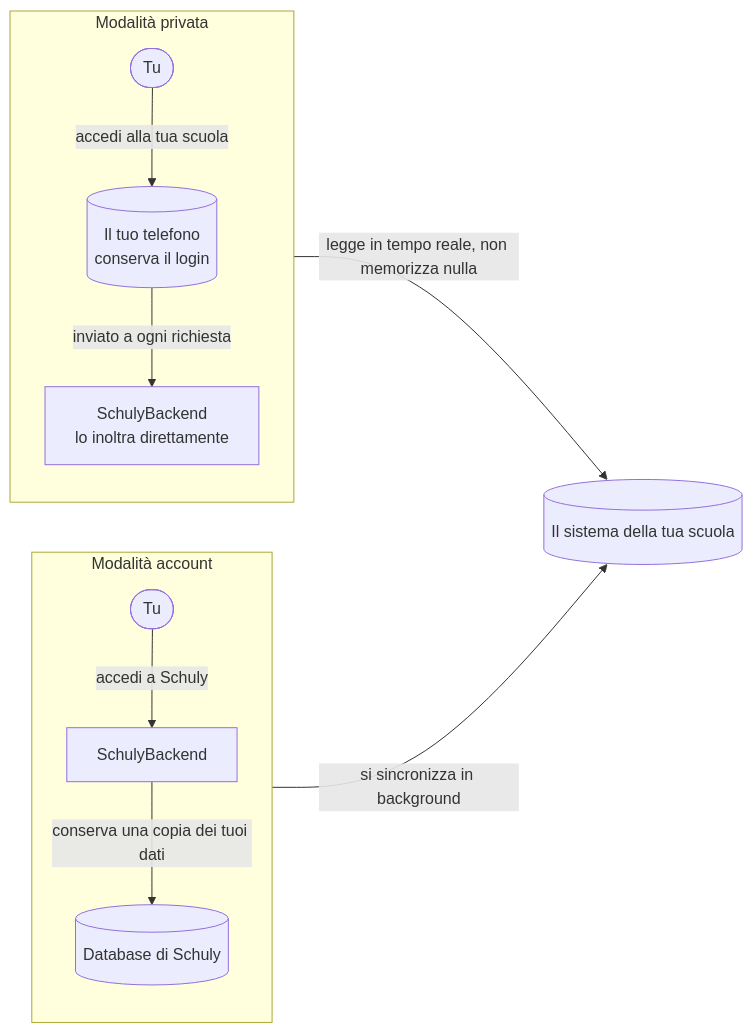
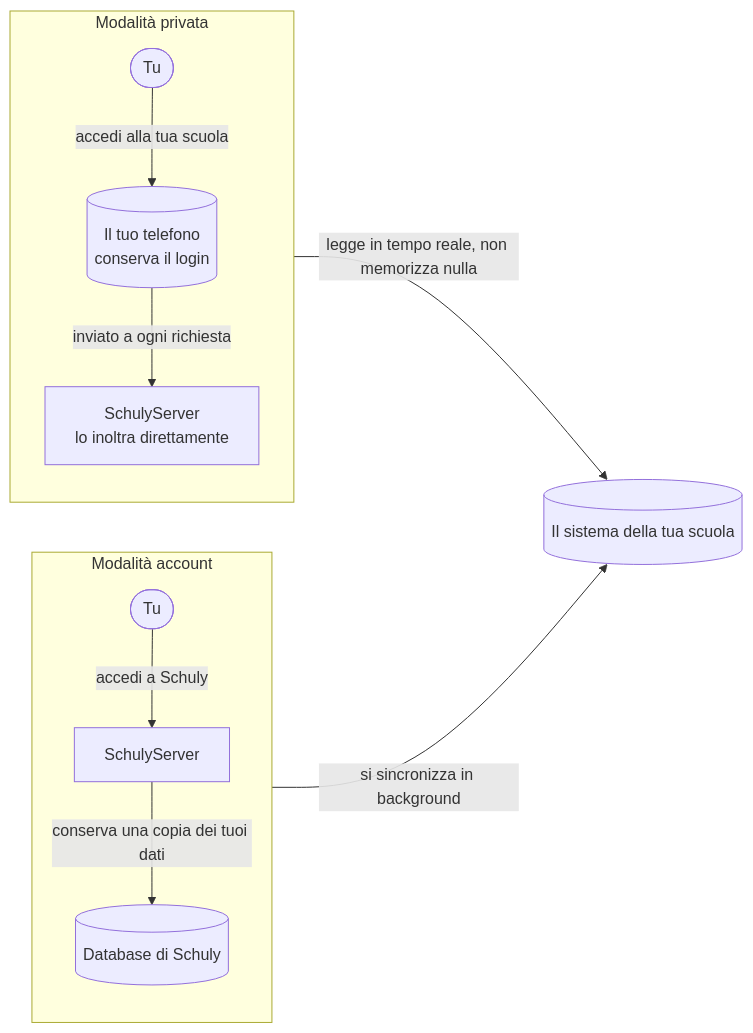
One commit to schulydev/SchulyDocs changed the diagram in docs/it/Schuly/architecture-modes.md. Above: the diagram before and after it, drawn with Mermaid. The commit also changed 78 other files, not shown here.

Commit message:
Renamed SchulyBackend section to SchulyServer (#76)

````diff
--- a/docs/it/Schuly/architecture-modes.md
+++ b/docs/it/Schuly/architecture-modes.md
@@ -12,18 +12,18 @@
 ```mermaid
 flowchart LR
   subgraph account["Modalità account"]
     direction TB
-    AU(["Tu"]) -->|"accedi a Schuly"| AB["SchulyBackend"]
+    AU(["Tu"]) -->|"accedi a Schuly"| AB["SchulyServer"]
     AB -->|"conserva una copia dei tuoi dati"| ADB[("Database di Schuly")]
   end
 
   subgraph private["Modalità privata"]
     direction TB
     PU(["Tu"]) -->|"accedi alla tua scuola"| PP[("Il tuo telefono<br/>conserva il login")]
-    PP -->|"inviato a ogni richiesta"| PB["SchulyBackend<br/>lo inoltra direttamente"]
+    PP -->|"inviato a ogni richiesta"| PB["SchulyServer<br/>lo inoltra direttamente"]
   end
 
   School[("Il sistema della tua scuola")]
   AB -->|"si sincronizza in background"| School
   PB -->|"legge in tempo reale, non memorizza nulla"| School
 ```
````
